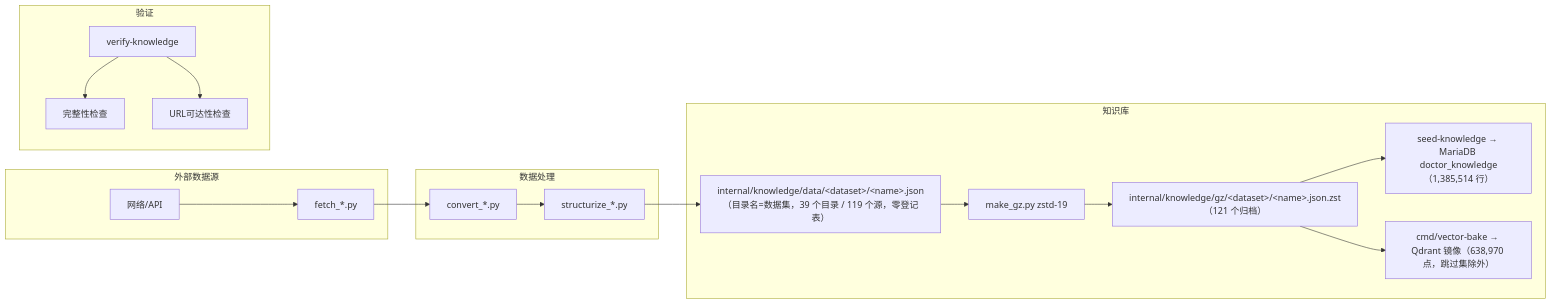
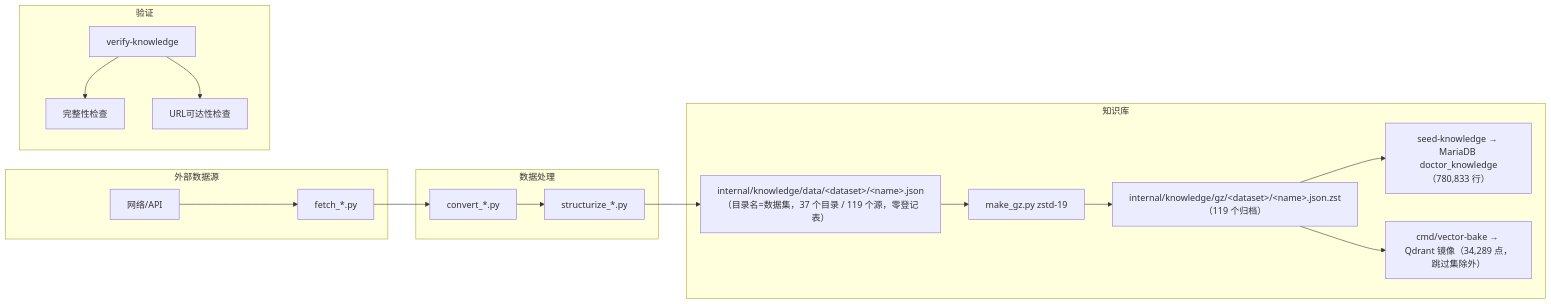
The sixth of 7 diagrams in docs/architecture.md (deep2code/doctor-agent), drawn with Mermaid before and after one commit. The commit also changed other lines of this file and 28 other files, not shown here.

````diff
--- a/docs/architecture.md
+++ b/docs/architecture.md
@@ -255,24 +253,24 @@
 ```mermaid
 graph LR
     subgraph "外部数据源"
         A[网络/API] --> B[fetch_*.py]
     end
 
     subgraph "数据处理"
         B --> C[convert_*.py]
         C --> D[structurize_*.py]
     end
 
     subgraph "知识库"
-        D --> E["internal/knowledge/data/&lt;dataset&gt;/&lt;name&gt;.json<br/>（目录名=数据集，39 个目录 / 119 个源，零登记表）"]
+        D --> E["internal/knowledge/data/&lt;dataset&gt;/&lt;name&gt;.json<br/>（目录名=数据集，37 个目录 / 119 个源，零登记表）"]
         E --> F[make_gz.py zstd-19]
-        F --> G["internal/knowledge/gz/&lt;dataset&gt;/&lt;name&gt;.json.zst<br/>（121 个归档）"]
-        G --> H1["seed-knowledge → MariaDB doctor_knowledge（1,385,514 行）"]
-        G --> H2["cmd/vector-bake → Qdrant 镜像（638,970 点，跳过集除外）"]
+        F --> G["internal/knowledge/gz/&lt;dataset&gt;/&lt;name&gt;.json.zst<br/>（119 个归档）"]
+        G --> H1["seed-knowledge → MariaDB doctor_knowledge（780,833 行）"]
+        G --> H2["cmd/vector-bake → Qdrant 镜像（34,289 点，跳过集除外）"]
     end
 
     subgraph "验证"
         I[verify-knowledge] --> J[完整性检查]
         I --> K[URL可达性检查]
     end
 ```
````
